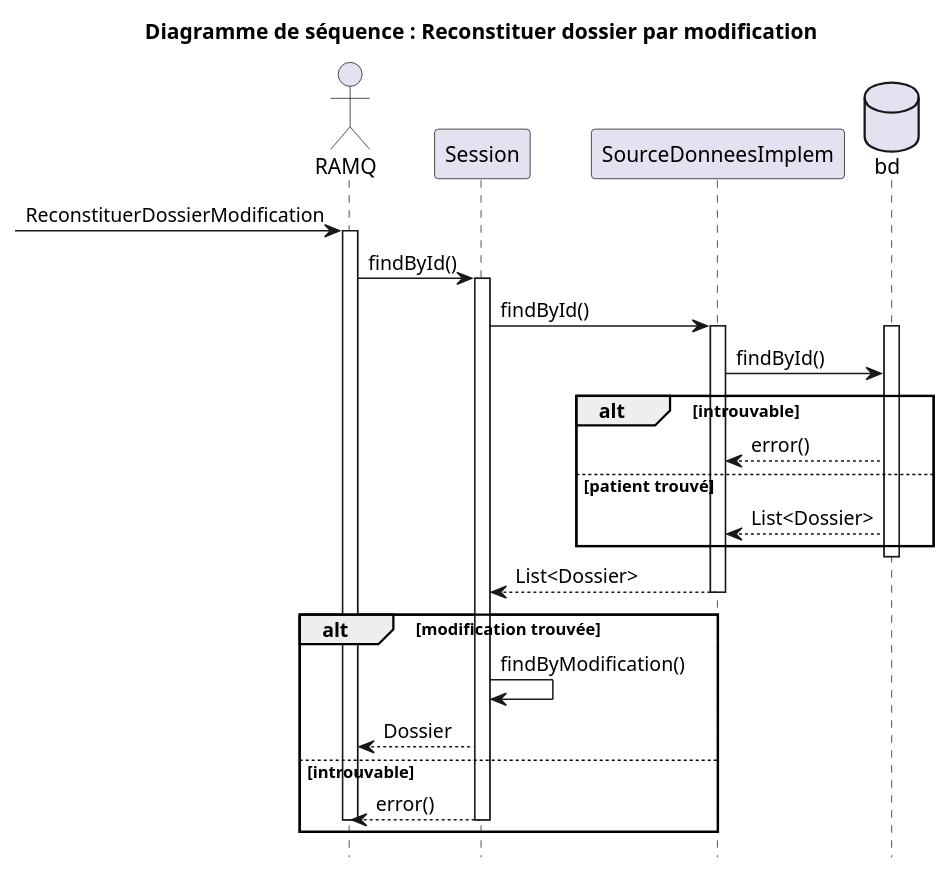
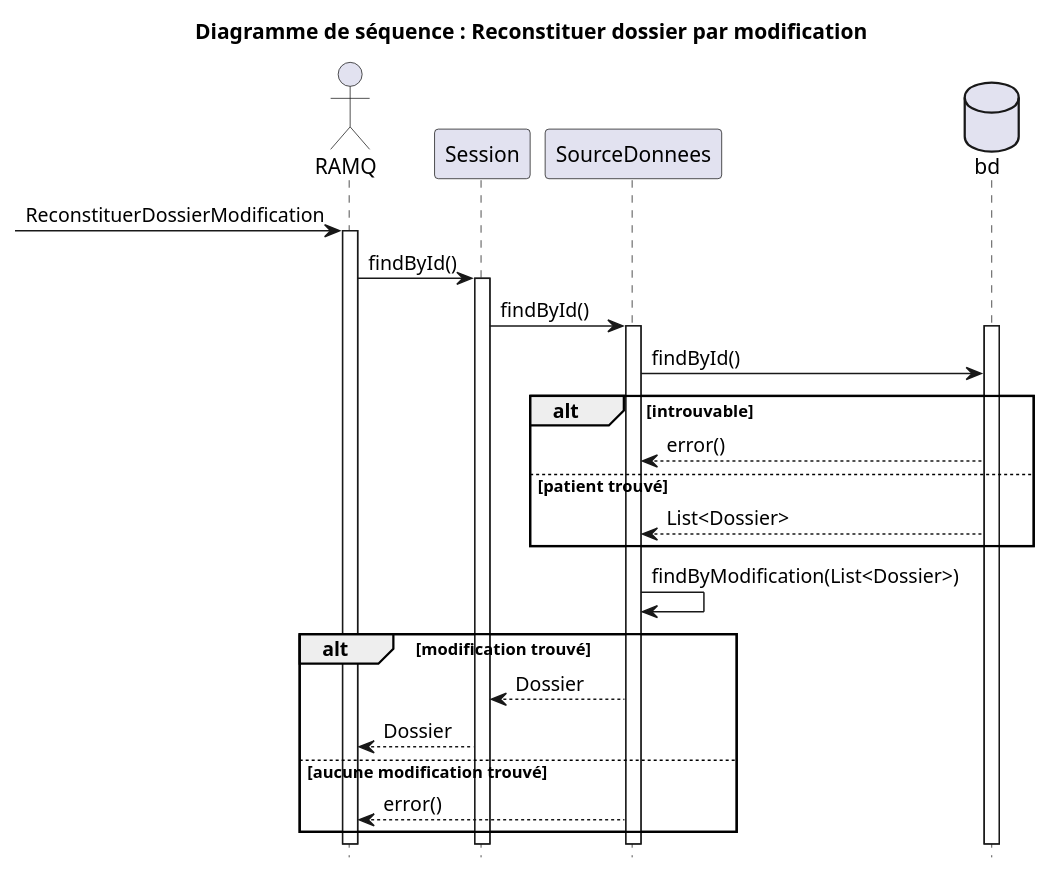
Before and after one commit to fethiuqam/INF5153-Projet-Session: the diagram in models/Diagramme_Sequences/Reconstruire_dossier_modification/reconstruireDossier_Modification.puml, drawn with PlantUML. The commit also changed 5 other files, not shown here.

Commit message:
ajout findByDate et findByModification

```diff
--- a/models/Diagramme_Sequences/Reconstruire_dossier_modification/reconstruireDossier_Modification.puml
+++ b/models/Diagramme_Sequences/Reconstruire_dossier_modification/reconstruireDossier_Modification.puml
@@ -1,32 +1,28 @@
 @startuml
 title Diagramme de séquence : Reconstituer dossier par modification
 hide footbox
 actor "RAMQ" as ramq
 -> ramq: ReconstituerDossierModification
 activate ramq
 hide footbox
 ramq -> Session: findById()
 activate Session
-Session -> SourceDonneesImplem: findById()
-activate SourceDonneesImplem
+Session -> SourceDonnees: findById()
+activate SourceDonnees
 database Bd as "bd"
 activate Bd
-SourceDonneesImplem -> Bd: findById()
+SourceDonnees -> Bd: findById()
 alt introuvable
-Bd --> SourceDonneesImplem: error()
+Bd --> SourceDonnees: error()
 else patient trouvé
-Bd --> SourceDonneesImplem:List<Dossier>
+Bd --> SourceDonnees:List<Dossier>
 end
-deactivate Bd
-SourceDonneesImplem --> Session: List<Dossier>
-deactivate SourceDonneesImplem
-alt modification trouvée
-Session -> Session: findByModification()
+SourceDonnees -> SourceDonnees: findByModification(List<Dossier>)
+alt modification trouvé
+SourceDonnees --> Session: Dossier
 Session --> ramq: Dossier
-else introuvable
-Session --> ramq: error()
-deactivate Session
-deactivate ramq
+else aucune modification trouvé
+SourceDonnees --> ramq: error()
 end
 
 @enduml
```
